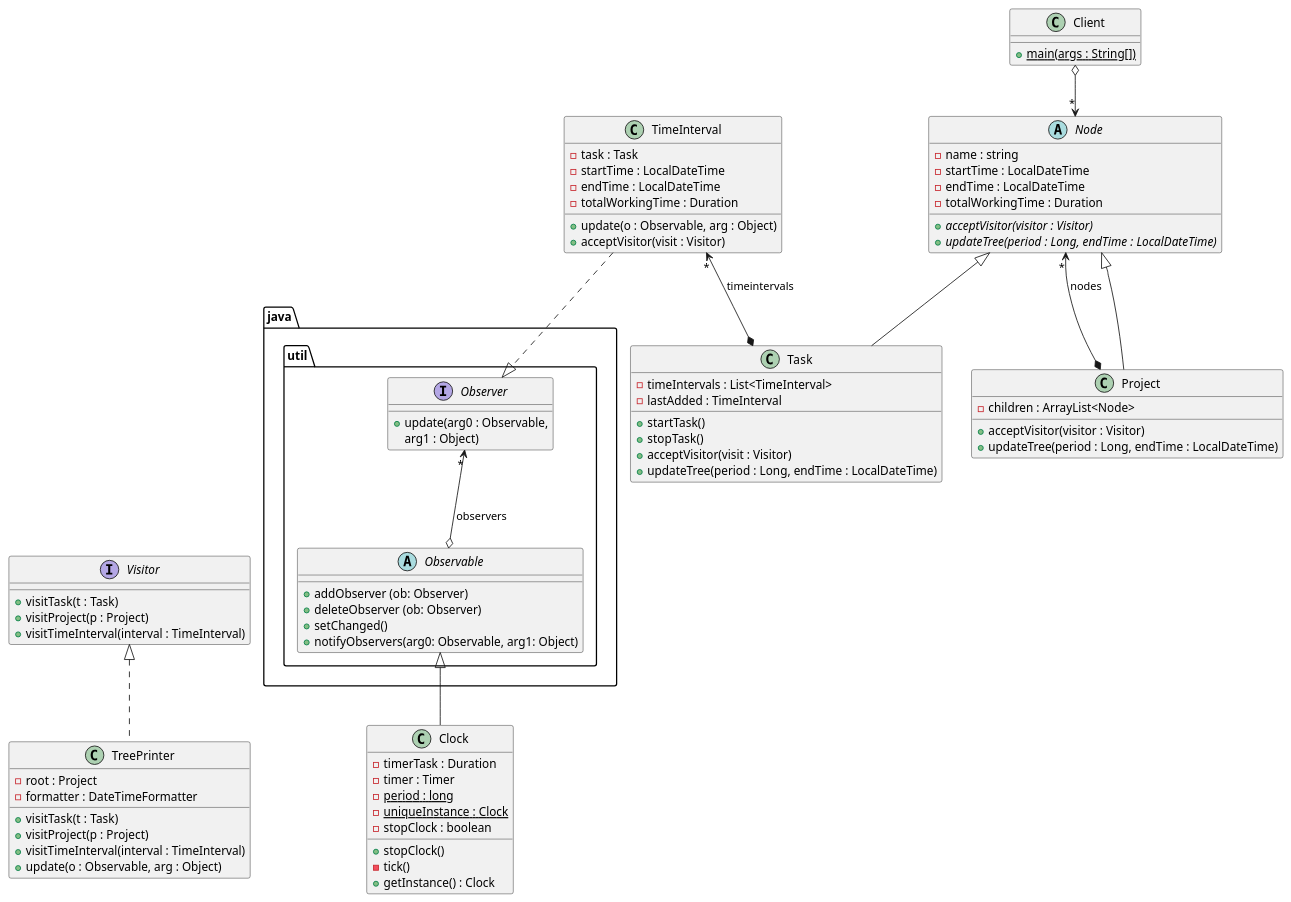
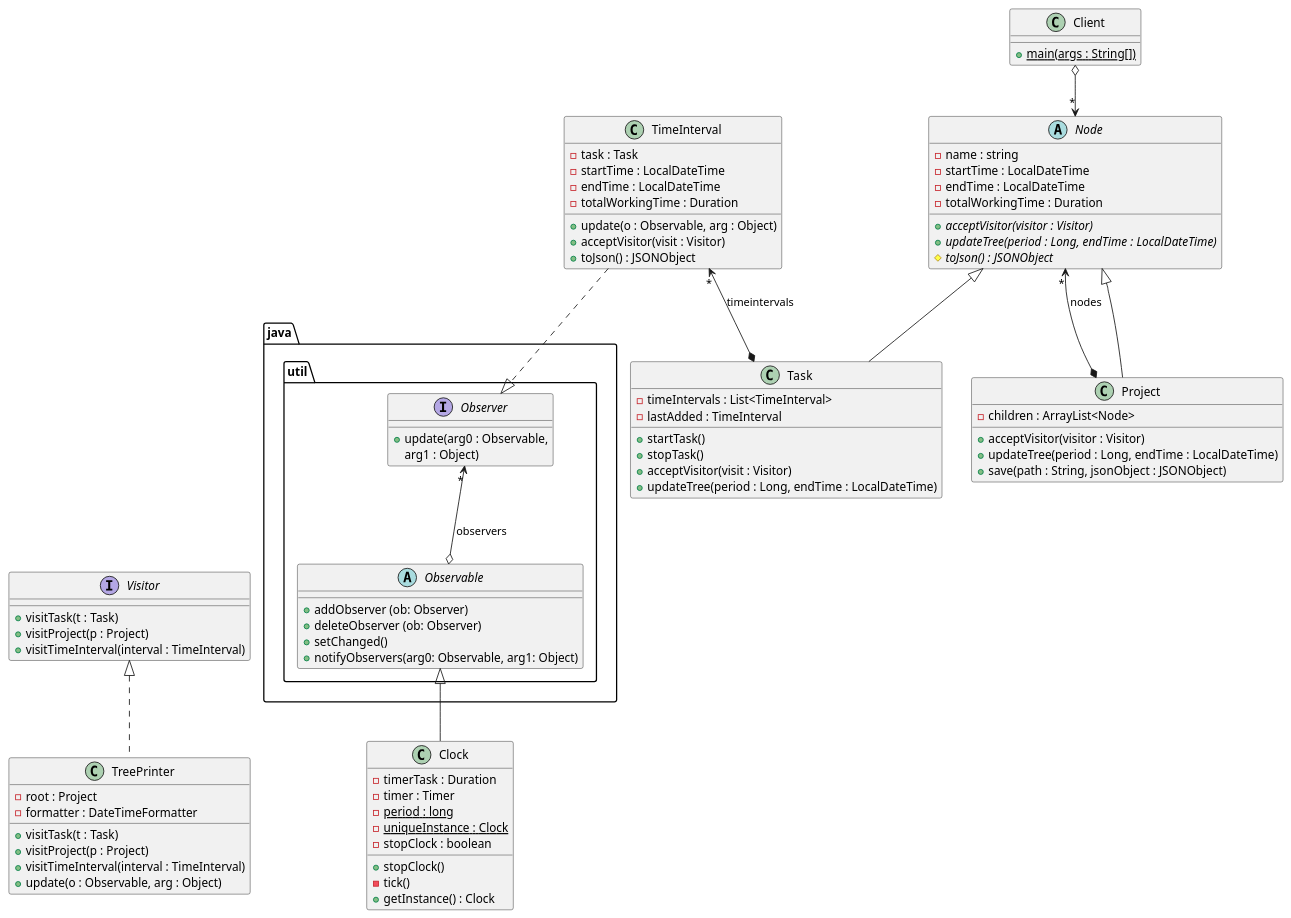
One commit to prodric/timeTracker changed the diagram in timeTracker.puml. Above: the diagram before and after it, drawn with PlantUML. The commit also changed 5 other files, not shown here.

```diff
--- a/timeTracker.puml
+++ b/timeTracker.puml
@@ -1,84 +1,88 @@
 @startuml
 
 class Project extends Node{
     -children : ArrayList<Node>
     +acceptVisitor(visitor : Visitor)
     +updateTree(period : Long, endTime : LocalDateTime)
+    +save(path : String, jsonObject : JSONObject)
 }
 
 abstract class Node {
     -name : string
     -startTime : LocalDateTime
     -endTime : LocalDateTime
     -totalWorkingTime : Duration
     +{abstract} acceptVisitor(visitor : Visitor)
     +{abstract} updateTree(period : Long, endTime : LocalDateTime)
+    #{abstract} toJson() : JSONObject
 }
 
 class Task extends Node{
     -timeIntervals : List<TimeInterval>
     -lastAdded : TimeInterval
     +startTask()
     +stopTask()
     +acceptVisitor(visit : Visitor)
     +updateTree(period : Long, endTime : LocalDateTime)
+
 }
 
 class Client {
 + {static}main(args : String[])
 }
 
 class TimeInterval {
     -task : Task
     -startTime : LocalDateTime
     -endTime : LocalDateTime
     -totalWorkingTime : Duration
     +update(o : Observable, arg : Object)
     +acceptVisitor(visit : Visitor)
+    +toJson() : JSONObject
 }
 package java.util <<Folder>> {
     interface Observer{
         +update(arg0 : Observable,
         arg1 : Object)
     }
     abstract class Observable{
         +addObserver (ob: Observer)
         +deleteObserver (ob: Observer)
         +setChanged()
         +notifyObservers(arg0: Observable, arg1: Object)
     }
 }
 
 class Clock{
     -timerTask : Duration
     -timer : Timer
     -{static}period : long
     -{static}uniqueInstance : Clock
     -stopClock : boolean
     +stopClock()
     -tick()
     +getInstance() : Clock
 }
 
 interface Visitor {
     +visitTask(t : Task)
     +visitProject(p : Project)
     +visitTimeInterval(interval : TimeInterval)
 }
 class TreePrinter implements Visitor{
      -root : Project
      -formatter : DateTimeFormatter
      +visitTask(t : Task)
      +visitProject(p : Project)
      +visitTimeInterval(interval : TimeInterval)
      +update(o : Observable, arg : Object)
 }
 Visitor -[hidden]right- Observable
 Node <--* Project : "*" nodes
 TimeInterval "*"<--*  Task : timeintervals
 TimeInterval ..|> Observer
 Observer <--o Observable : "*"observers
 Observable <|-- Clock
 Client  o-->"*" Node
 
 @enduml
```
